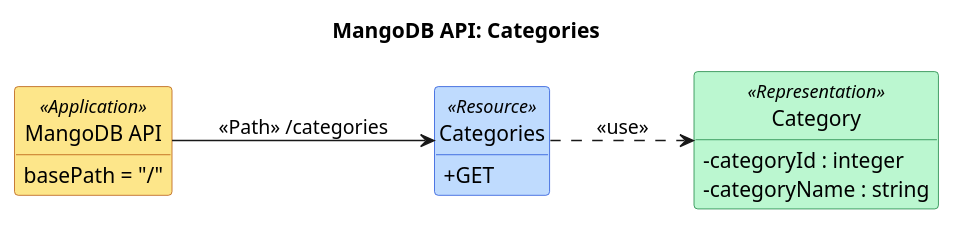
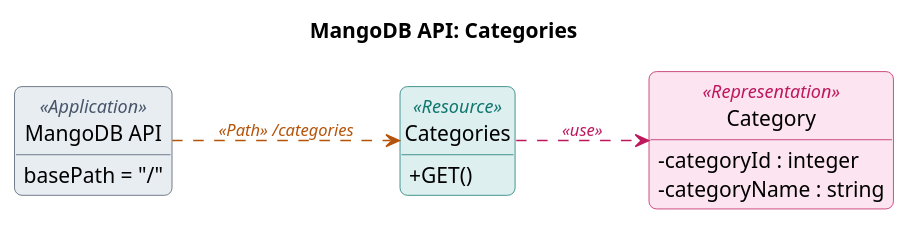
One commit to taofuuu/MangoDB changed the diagram in docs/api/uml/categories.puml. Above: the diagram before and after it, drawn with PlantUML. The commit also changed 31 other files, not shown here.

First line of the commit message:
docs(api): document quotation and cancel endpoints, restyle UML API diagrams

```diff
--- a/docs/api/uml/categories.puml
+++ b/docs/api/uml/categories.puml
@@ -1,29 +1,37 @@
 @startuml
 left to right direction
 skinparam classAttributeIconSize 0
 hide circle
 hide empty members
+skinparam shadowing false
+skinparam roundcorner 10
+skinparam ClassFontStyle bold
+skinparam ClassAttributeFontStyle plain
+skinparam ArrowFontSize 11
 skinparam class {
-  BackgroundColor<<Application>> #FDE68A
-  BorderColor<<Application>> #B45309
-  BackgroundColor<<Resource>> #BFDBFE
-  BorderColor<<Resource>> #1D4ED8
-  BackgroundColor<<Representation>> #BBF7D0
-  BorderColor<<Representation>> #15803D
+  BackgroundColor<<Application>> #E8EDF2
+  BorderColor<<Application>> #475569
+  BackgroundColor<<Resource>> #DDEFEF
+  BorderColor<<Resource>> #0F766E
+  BackgroundColor<<Representation>> #FCE4F0
+  BorderColor<<Representation>> #BE185D
+  StereotypeFontColor<<Application>> #475569
+  StereotypeFontColor<<Resource>> #0F766E
+  StereotypeFontColor<<Representation>> #BE185D
 }
 title MangoDB API: Categories
 
 class "MangoDB API" as API <<Application>> {
   basePath = "/"
 }
 class "Categories" as Categories <<Resource>> {
-  + GET
+  + GET()
 }
 class "Category" as CategoryRep <<Representation>> {
   -categoryId : integer
   -categoryName : string
 }
 
-API --> Categories : <<Path>> /categories
-Categories ..> CategoryRep : <<use>>
+API -[#B45309,dashed]-> Categories : <i><color:#B45309>«Path» /categories</color></i>
+Categories -[#BE185D,dashed]-> CategoryRep : <i><color:#BE185D>«use»</color></i>
 @enduml
```
